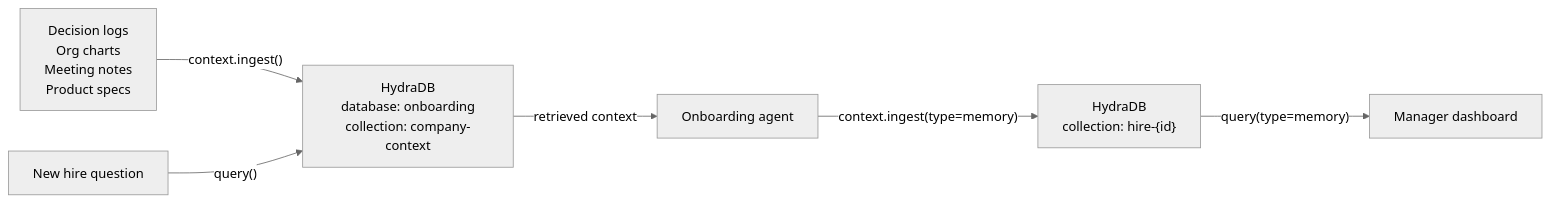
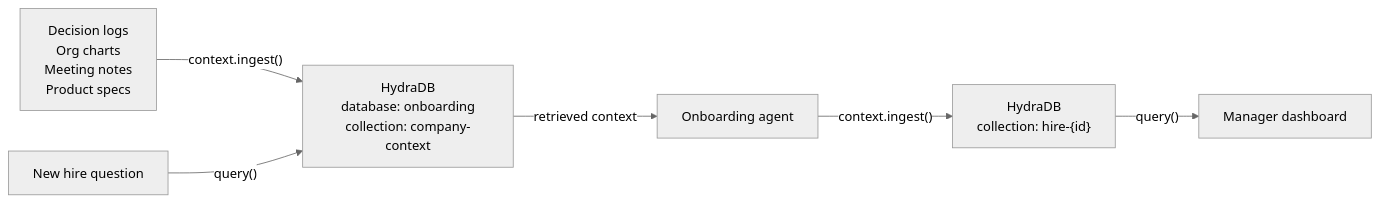
Before and after one commit to hydra-db/mintlify-docs: the diagram in cookbooks/v2/ai-onboarding-agent.mdx, drawn with Mermaid (neutral theme). The commit also changed other lines of this file and 13 other files, not shown here.

````diff
--- a/cookbooks/v2/ai-onboarding-agent.mdx
+++ b/cookbooks/v2/ai-onboarding-agent.mdx
@@ -32,8 +29,8 @@
 ```mermaid
 graph LR
     A["Decision logs<br/>Org charts<br/>Meeting notes<br/>Product specs"] -->|"context.ingest()"| B["HydraDB<br/>database: onboarding<br/>collection: company-context"]
     C["New hire question"] -->|"query()"| B
     B -->|"retrieved context"| D["Onboarding agent"]
-    D -->|"context.ingest(type=memory)"| E["HydraDB<br/>collection: hire-{id}"]
-    E -->|"query(type=memory)"| F["Manager dashboard"]
+    D -->|"context.ingest()"| E["HydraDB<br/>collection: hire-{id}"]
+    E -->|"query()"| F["Manager dashboard"]
 ```
````
